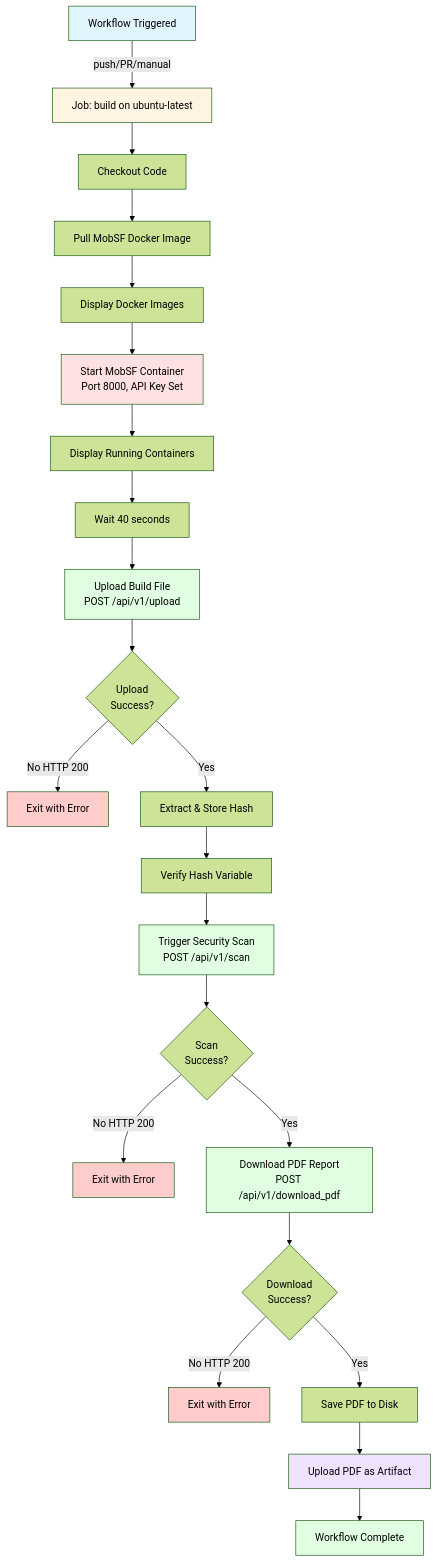
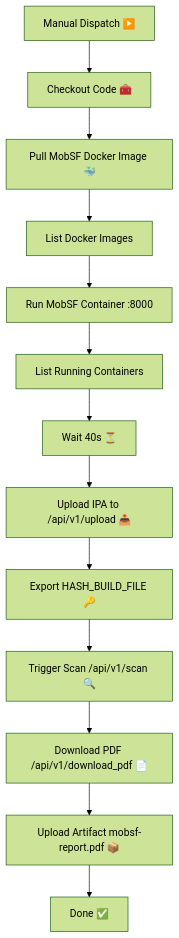
Before and after one commit to vinijmoura/yml-generate-documentation: the diagram in docs/workflows/scan-build-mobsf.md, drawn with Mermaid (forest theme). The commit also changed other lines of this file, not shown here.

Commit message:
docs: Refresh workflow documentation

````diff
--- a/docs/workflows/scan-build-mobsf.md
+++ b/docs/workflows/scan-build-mobsf.md
@@ -79,36 +61,15 @@
    ```mermaid
-   graph TD
-       A[Workflow Triggered] -->|push/PR/manual| B[Job: build on ubuntu-latest]
-       B --> C[Checkout Code]
-       C --> D[Pull MobSF Docker Image]
-       D --> E[Display Docker Images]
-       E --> F[Start MobSF Container<br/>Port 8000, API Key Set]
-       F --> G[Display Running Containers]
-       G --> H[Wait 40 seconds]
-       H --> I[Upload Build File<br/>POST /api/v1/upload]
-       I --> J{Upload<br/>Success?}
-       J -->|No HTTP 200| K[Exit with Error]
-       J -->|Yes| L[Extract & Store Hash]
-       L --> M[Verify Hash Variable]
-       M --> N[Trigger Security Scan<br/>POST /api/v1/scan]
-       N --> O{Scan<br/>Success?}
-       O -->|No HTTP 200| P[Exit with Error]
-       O -->|Yes| Q[Download PDF Report<br/>POST /api/v1/download_pdf]
-       Q --> R{Download<br/>Success?}
-       R -->|No HTTP 200| S[Exit with Error]
-       R -->|Yes| T[Save PDF to Disk]
-       T --> U[Upload PDF as Artifact]
-       U --> V[Workflow Complete]
-
-       style A fill:#e1f5ff
-       style B fill:#fff4e1
-       style F fill:#ffe1e1
-       style I fill:#e1ffe1
-       style N fill:#e1ffe1
-       style Q fill:#e1ffe1
-       style U fill:#f0e1ff
-       style V fill:#e1ffe1
-       style K fill:#ffcccc
-       style P fill:#ffcccc
-       style S fill:#ffcccc
+   flowchart TD
+       A[Manual Dispatch ▶️] --> B[Checkout Code 🧰]
+       B --> C[Pull MobSF Docker Image 🐳]
+       C --> D[List Docker Images]
+       D --> E[Run MobSF Container :8000]
+       E --> F[List Running Containers]
+       F --> G[Wait 40s ⏳]
+       G --> H[Upload IPA to /api/v1/upload 📤]
+       H --> I[Export HASH_BUILD_FILE 🔑]
+       I --> J[Trigger Scan /api/v1/scan 🔍]
+       J --> K[Download PDF /api/v1/download_pdf 📄]
+       K --> L[Upload Artifact mobsf-report.pdf 📦]
+       L --> M[Done ✅]
    ```
````
